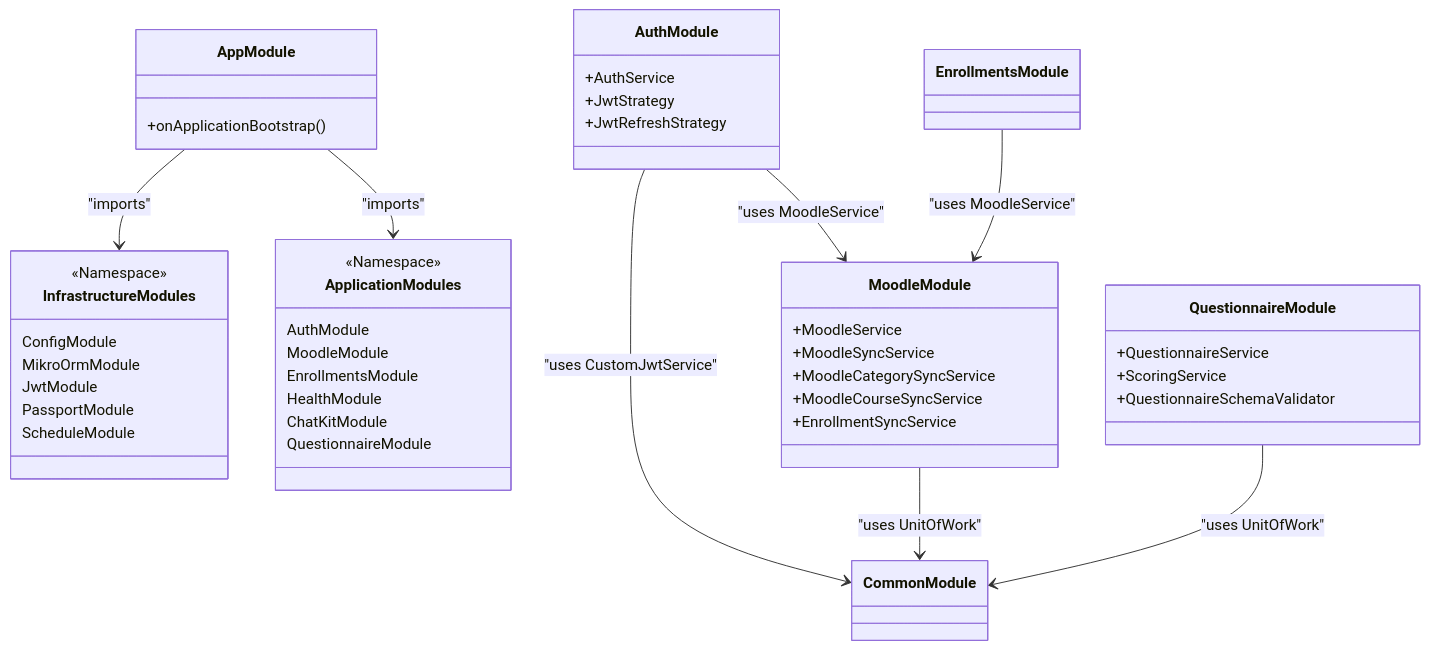
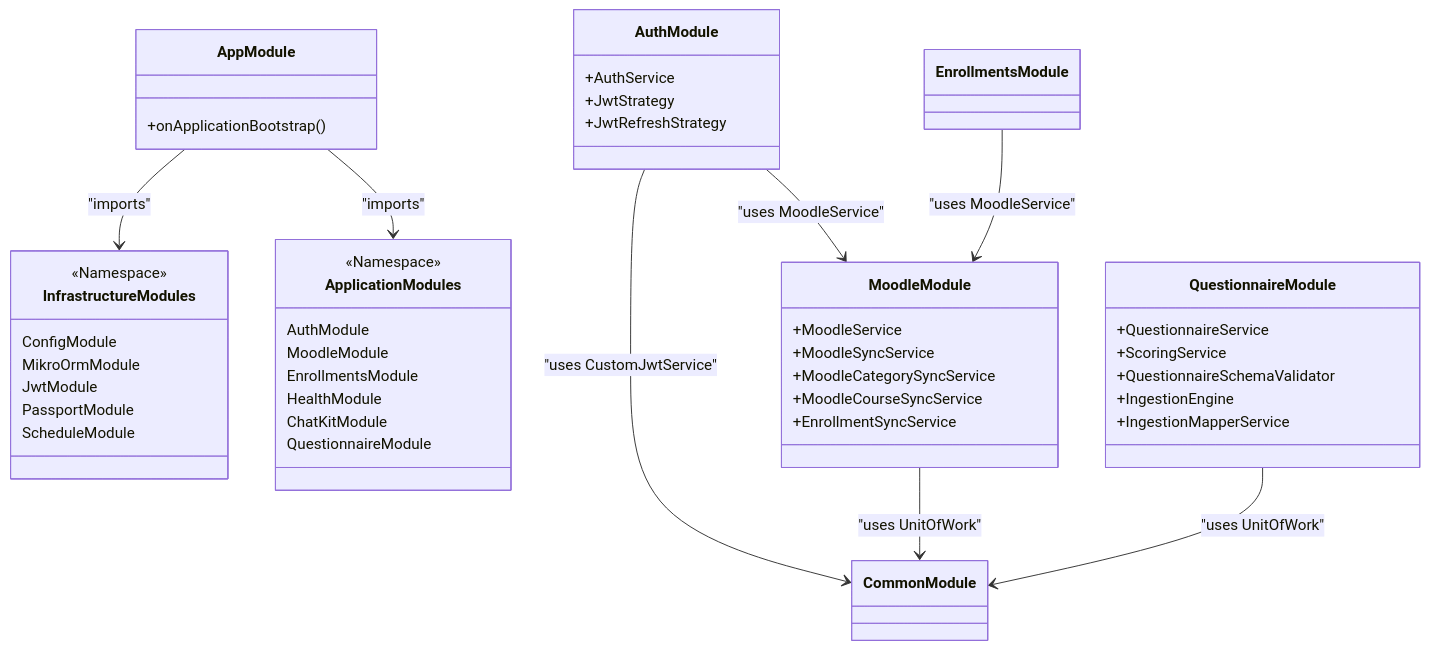
Before and after one commit to CtrlAltElite-Devs/api.faculytics: the diagram in docs/architecture/core-components.md, drawn with Mermaid. The commit also changed 367 other files, not shown here.

````diff
--- a/docs/architecture/core-components.md
+++ b/docs/architecture/core-components.md
@@ -27,52 +27,54 @@
 ```mermaid
 classDiagram
     class AppModule {
         +onApplicationBootstrap()
     }
     class InfrastructureModules {
         <<Namespace>>
         ConfigModule
         MikroOrmModule
         JwtModule
         PassportModule
         ScheduleModule
     }
     class ApplicationModules {
         <<Namespace>>
         AuthModule
         MoodleModule
         EnrollmentsModule
         HealthModule
         ChatKitModule
         QuestionnaireModule
     }
 
     AppModule --> InfrastructureModules : "imports"
     AppModule --> ApplicationModules : "imports"
 
     AuthModule --> MoodleModule : "uses MoodleService"
     AuthModule --> CommonModule : "uses CustomJwtService"
     MoodleModule --> CommonModule : "uses UnitOfWork"
     EnrollmentsModule --> MoodleModule : "uses MoodleService"
     QuestionnaireModule --> CommonModule : "uses UnitOfWork"
 
     class MoodleModule {
         +MoodleService
         +MoodleSyncService
         +MoodleCategorySyncService
         +MoodleCourseSyncService
         +EnrollmentSyncService
     }
 
     class AuthModule {
         +AuthService
         +JwtStrategy
         +JwtRefreshStrategy
     }
 
     class QuestionnaireModule {
         +QuestionnaireService
         +ScoringService
         +QuestionnaireSchemaValidator
+        +IngestionEngine
+        +IngestionMapperService
     }
 ```
````
